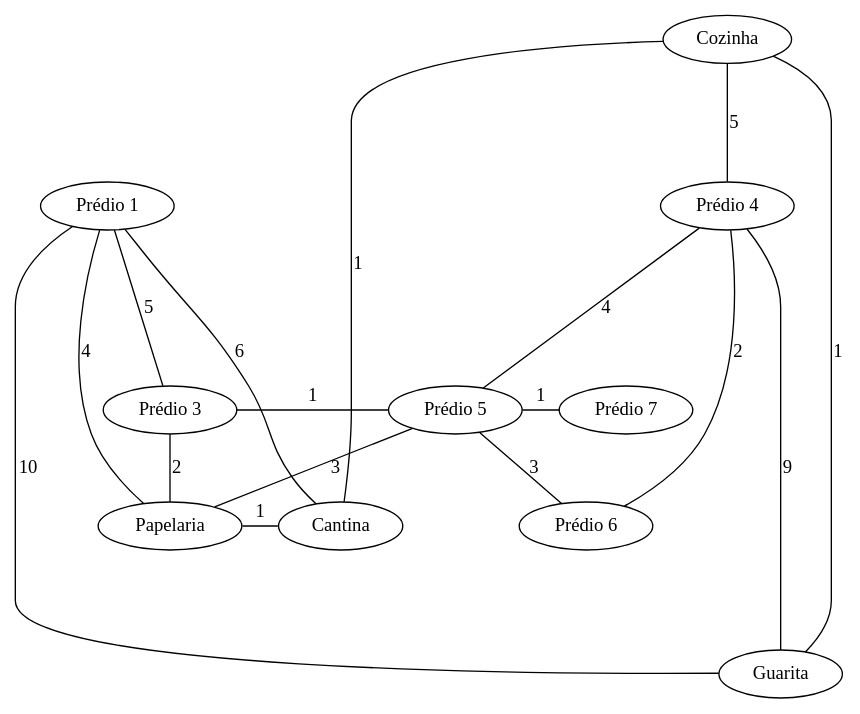
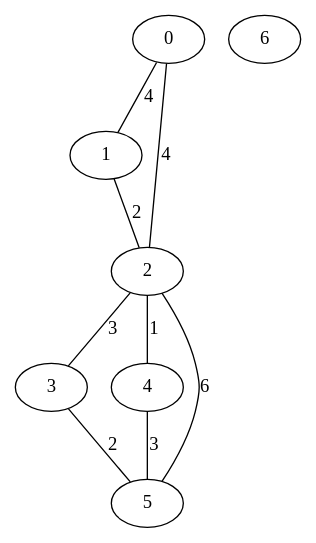
One commit to joaopsramos/graph-n2 changed the diagram in graph.dot. Above: the diagram before and after it, drawn with Graphviz. The commit also changed 3 other files, not shown here.

```diff
--- a/graph.dot
+++ b/graph.dot
@@ -1,28 +1,17 @@
 graph { 
-    1 [label="Prédio 1"]
-    2 [label="Cozinha"]
-    3 [label="Prédio 3"]
-    4 [label="Prédio 4"]
-    5 [label="Prédio 5"]
-    6 [label="Prédio 6"]
-    7 [label="Prédio 7"]
-    8 [label="Papelaria"]
-    9 [label="Cantina"]
-    10 [label="Guarita"]
-    2 -- 9 [label="1",minlen=0]
-    2 -- 10 [label="1",minlen=0]
-    3 -- 5 [label="1",minlen=0]
-    5 -- 7 [label="1",minlen=0]
-    8 -- 9 [label="1",minlen=0]
-    3 -- 8 [label="2",minlen=1]
-    4 -- 6 [label="2",minlen=1]
-    5 -- 6 [label="3",minlen=1]
-    5 -- 8 [label="3",minlen=1]
-    1 -- 8 [label="4",minlen=2]
-    4 -- 5 [label="4",minlen=2]
-    1 -- 3 [label="5",minlen=2]
-    2 -- 4 [label="5",minlen=2]
-    1 -- 9 [label="6",minlen=3]
-    4 -- 10 [label="9",minlen=4]
-    1 -- 10 [label="10",minlen=5]
+    0 [label="0"]
+    1 [label="1"]
+    2 [label="2"]
+    3 [label="3"]
+    4 [label="4"]
+    5 [label="5"]
+    6 [label="6"]
+    0 -- 1 [label="4"]
+    0 -- 2 [label="4"]
+    1 -- 2 [label="2"]
+    2 -- 3 [label="3"]
+    2 -- 4 [label="1"]
+    2 -- 5 [label="6"]
+    3 -- 5 [label="2"]
+    4 -- 5 [label="3"]
 }
```
